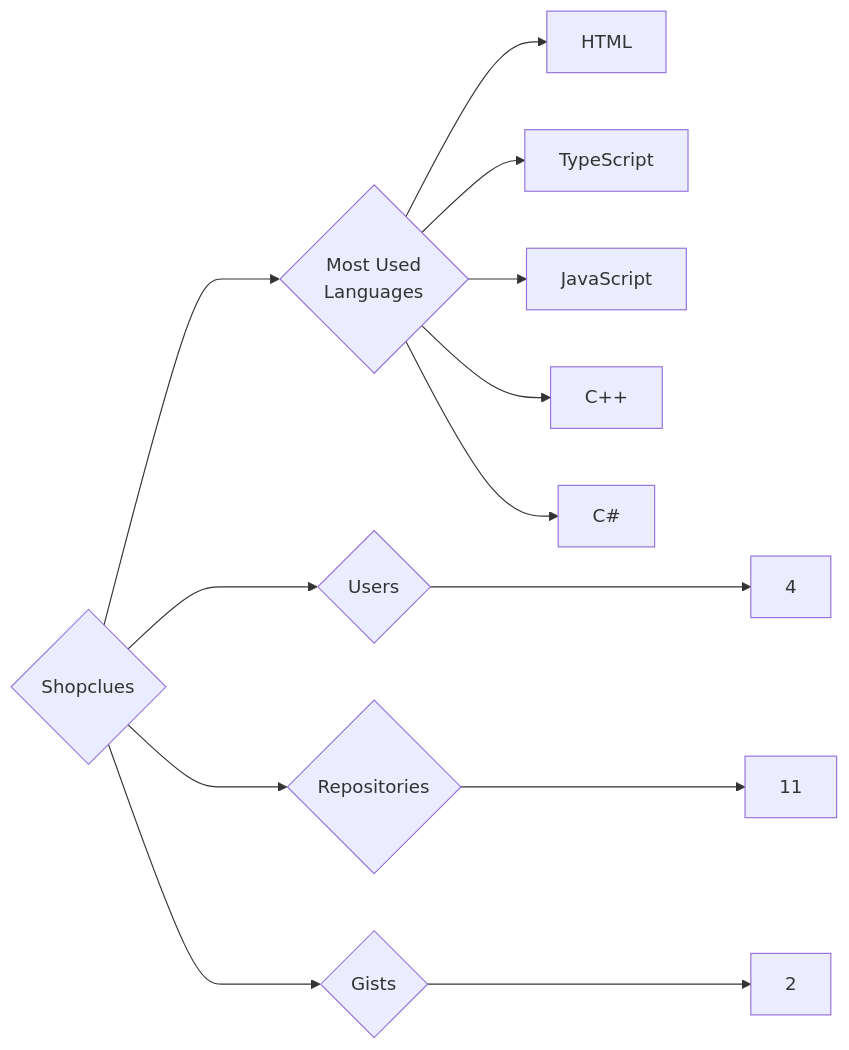
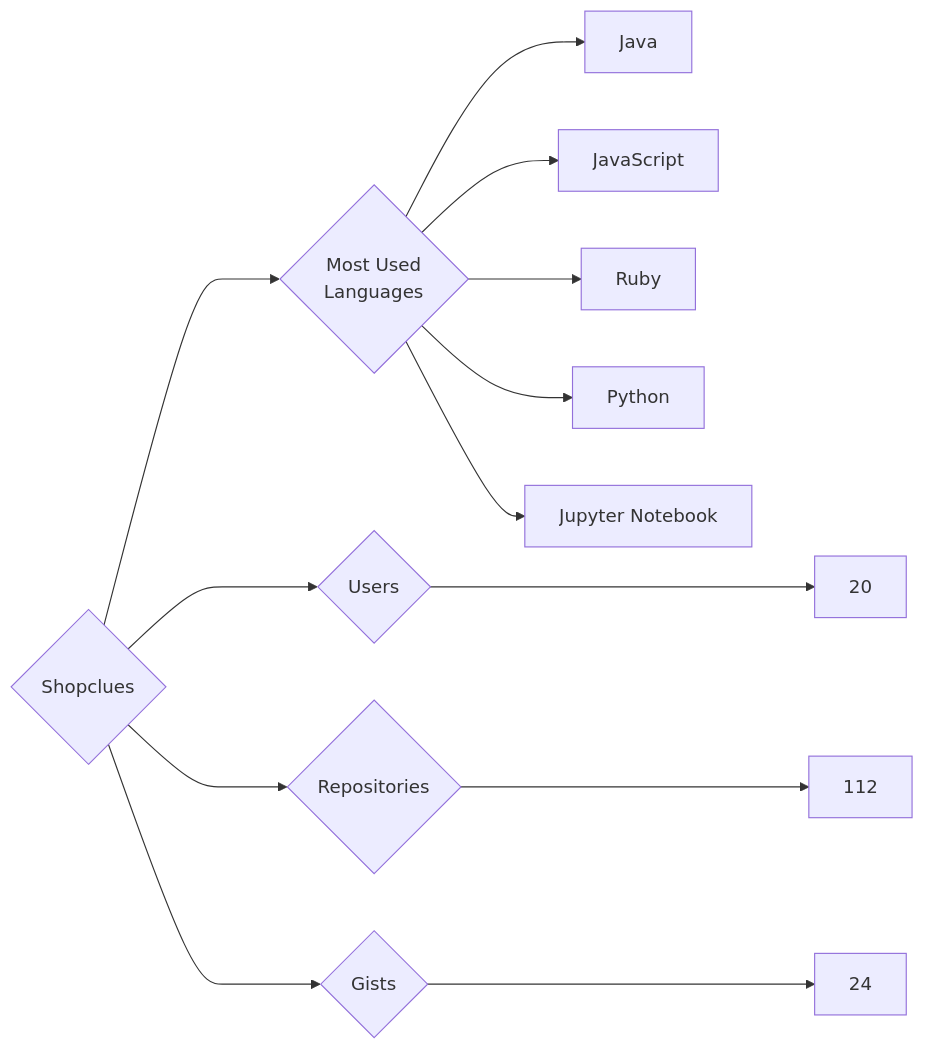
The diagram in targets/Shopclues/README.md (trickest/insiders), drawn with Mermaid before and after one commit. The commit also changed 1696 other files, not shown here.

````diff
--- a/targets/Shopclues/README.md
+++ b/targets/Shopclues/README.md
@@ -3,13 +3,13 @@
 ```mermaid
 graph LR
 COMPANY_NAME{Shopclues}
-COMPANY_NAME ---> U{Users} ---> UN[4]
-COMPANY_NAME ---> R{Repositories} ---> RN[11]
-COMPANY_NAME ---> G{Gists} ---> GN[2]
+COMPANY_NAME ---> U{Users} ---> UN[20]
+COMPANY_NAME ---> R{Repositories} ---> RN[112]
+COMPANY_NAME ---> G{Gists} ---> GN[24]
 COMPANY_NAME ---> ML{Most Used<br>Languages}
-ML --> HTML[HTML]
-ML --> TypeScript[TypeScript]
+ML --> Java[Java]
 ML --> JavaScript[JavaScript]
-ML --> C++[C++]
-ML --> C#[C#]
+ML --> Ruby[Ruby]
+ML --> Python[Python]
+ML --> Jupyter_Notebook[Jupyter Notebook]
 ```
````
